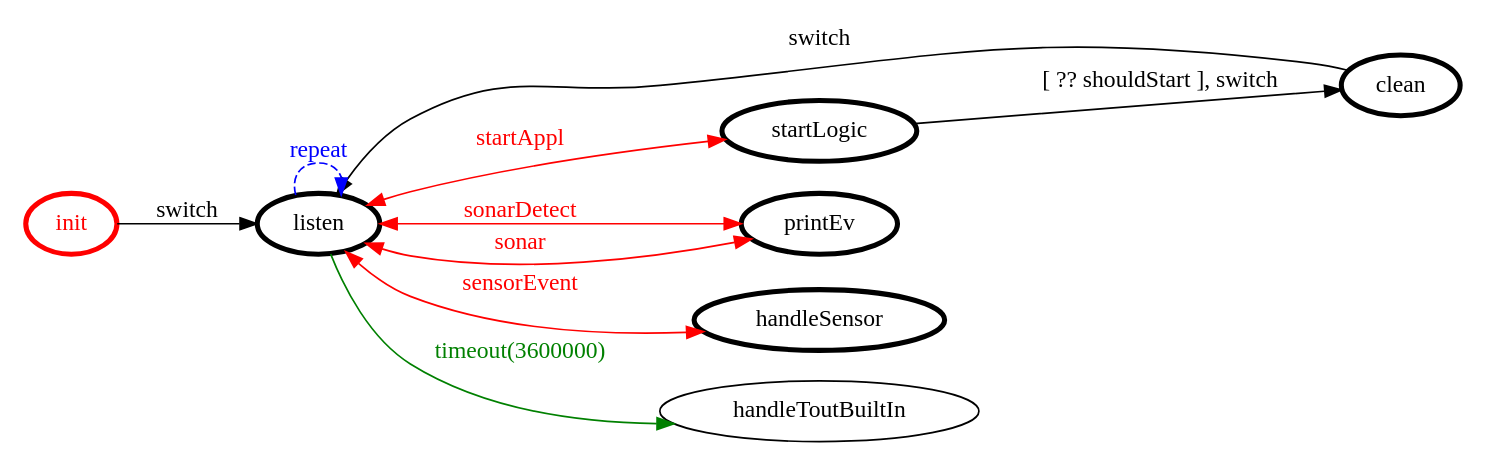
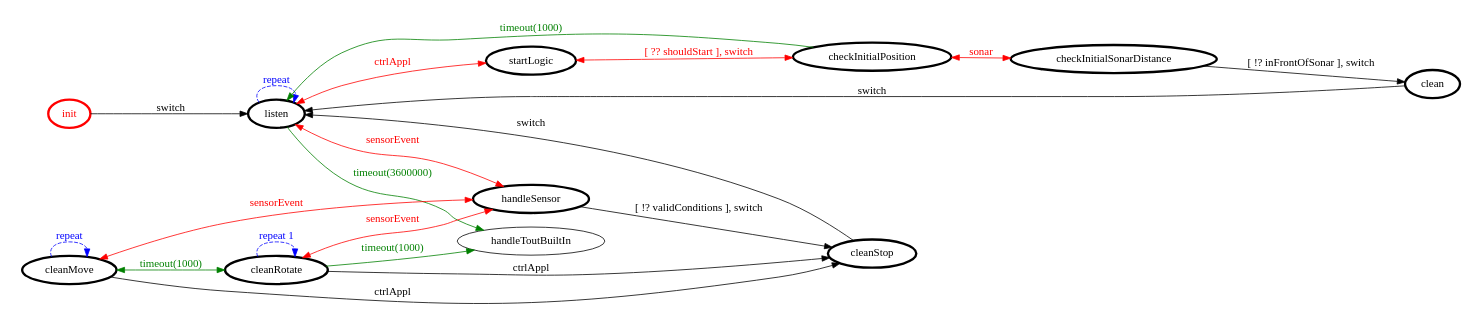
One commit to piscoTech/uniboIss2018 changed the diagram in it.unibo.finaltask/srcMore/it/unibo/webguiexecutor/webguiexecutor.gv. Above: the diagram before and after it, drawn with Graphviz. The commit also changed 11 other files, not shown here.

```diff
--- a/it.unibo.finaltask/srcMore/it/unibo/webguiexecutor/webguiexecutor.gv
+++ b/it.unibo.finaltask/srcMore/it/unibo/webguiexecutor/webguiexecutor.gv
@@ -1,28 +1,43 @@
 /*
 *
 * A GraphViz DOT FSM description 
 * Please use a GraphViz visualizer (like http://www.webgraphviz.com)
 *  
 */
 
 digraph finite_state_machine {
 	rankdir=LR
 	size="8,5"
 	
 	init [ color = red ][ fontcolor = red ][ penwidth = 3 ]
 	startLogic [ color = black ][ fontcolor = black ][ penwidth = 3 ]
-	printEv [ color = black ][ fontcolor = black ][ penwidth = 3 ]
 	handleSensor [ color = black ][ fontcolor = black ][ penwidth = 3 ]
+	checkInitialSonarDistance [ color = black ][ fontcolor = black ][ penwidth = 3 ]
 	clean [ color = black ][ fontcolor = black ][ penwidth = 3 ]
+	cleanStop [ color = black ][ fontcolor = black ][ penwidth = 3 ]
 	listen [ color = black ][ fontcolor = black ][ penwidth = 3 ]
+	checkInitialPosition [ color = black ][ fontcolor = black ][ penwidth = 3 ]
+	cleanMove [ color = black ][ fontcolor = black ][ penwidth = 3 ]
+	cleanRotate [ color = black ][ fontcolor = black ][ penwidth = 3 ]
 	
+	startLogic -> checkInitialPosition [ label = "[ ?? shouldStart ], switch" ][ color = red ][ fontcolor = red ][ dir = both ]
+	cleanMove -> handleSensor [ label = "sensorEvent" ][ color = red ][ fontcolor = red ][ dir = both ]
+	cleanMove -> cleanRotate [ label = "timeout(1000)" ][ color = green ][ fontcolor = green ][ dir = both ]
+	listen -> startLogic [ label = "ctrlAppl" ][ color = red ][ fontcolor = red ][ dir = both ]
+	cleanStop -> listen [ label = "switch" ][ color = black ][ fontcolor = black ]
+	checkInitialPosition -> checkInitialSonarDistance [ label = "sonar" ][ color = red ][ fontcolor = red ][ dir = both ]
+	cleanMove -> cleanStop [ label = "ctrlAppl" ][ color = black ][ fontcolor = black ]
+	cleanRotate -> handleToutBuiltIn [ label = "timeout(1000)" ][ color = green ][ fontcolor = green ]
+	cleanRotate -> cleanStop [ label = "ctrlAppl" ][ color = black ][ fontcolor = black ]
+	cleanRotate -> handleSensor [ label = "sensorEvent" ][ color = red ][ fontcolor = red ][ dir = both ]
+	listen -> handleSensor [ label = "sensorEvent" ][ color = red ][ fontcolor = red ][ dir = both ]
+	checkInitialPosition -> listen [ label = "timeout(1000)" ][ color = green ][ fontcolor = green ]
+	cleanRotate -> cleanRotate [ label = "repeat 1"][ style = dashed ][ color = blue ][ fontcolor = blue ]
+	listen -> handleToutBuiltIn [ label = "timeout(3600000)" ][ color = green ][ fontcolor = green ]
 	listen -> listen [ label = "repeat "][ style = dashed ][ color = blue ][ fontcolor = blue ]
-	listen -> printEv [ label = "sonarDetect" ][ color = red ][ fontcolor = red ][ dir = both ]
 	init -> listen [ label = "switch" ][ color = black ][ fontcolor = black ]
-	listen -> printEv [ label = "sonar" ][ color = red ][ fontcolor = red ][ dir = both ]
-	listen -> startLogic [ label = "startAppl" ][ color = red ][ fontcolor = red ][ dir = both ]
-	listen -> handleSensor [ label = "sensorEvent" ][ color = red ][ fontcolor = red ][ dir = both ]
-	startLogic -> clean [ label = "[ ?? shouldStart ], switch" ][ color = black ][ fontcolor = black ]
-	listen -> handleToutBuiltIn [ label = "timeout(3600000)" ][ color = green ][ fontcolor = green ]
+	handleSensor -> cleanStop [ label = "[ !? validConditions ], switch" ][ color = black ][ fontcolor = black ]
+	cleanMove -> cleanMove [ label = "repeat "][ style = dashed ][ color = blue ][ fontcolor = blue ]
+	checkInitialSonarDistance -> clean [ label = "[ !? inFrontOfSonar ], switch" ][ color = black ][ fontcolor = black ]
 	clean -> listen [ label = "switch" ][ color = black ][ fontcolor = black ]
 }
```
